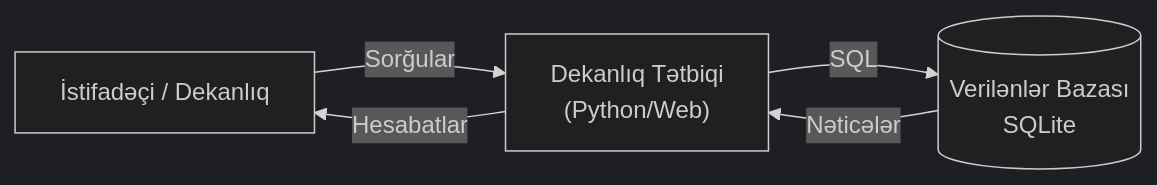
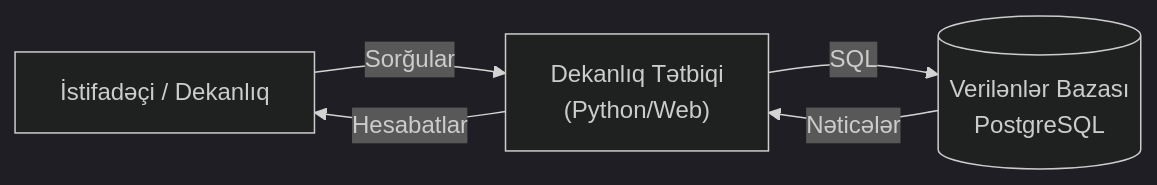
Before and after one commit to nicefaa6waa/dean_office_sql: the third of 3 diagrams in README.md, drawn with Mermaid (dark theme). The commit also changed other lines of this file and 2 other files, not shown here.

````diff
--- a/README.md
+++ b/README.md
@@ -207,7 +208,7 @@
 ```mermaid
 graph LR
     User[İstifadəçi / Dekanlıq] -- Sorğular --> App["Dekanlıq Tətbiqi <br/> (Python/Web)"]
-    App -- SQL --> DB[("Verilənlər Bazası <br/> SQLite")]
+    App -- SQL --> DB[("Verilənlər Bazası <br/> PostgreSQL")]
     DB -- Nəticələr --> App
     App -- Hesabatlar --> User
 ```
````
